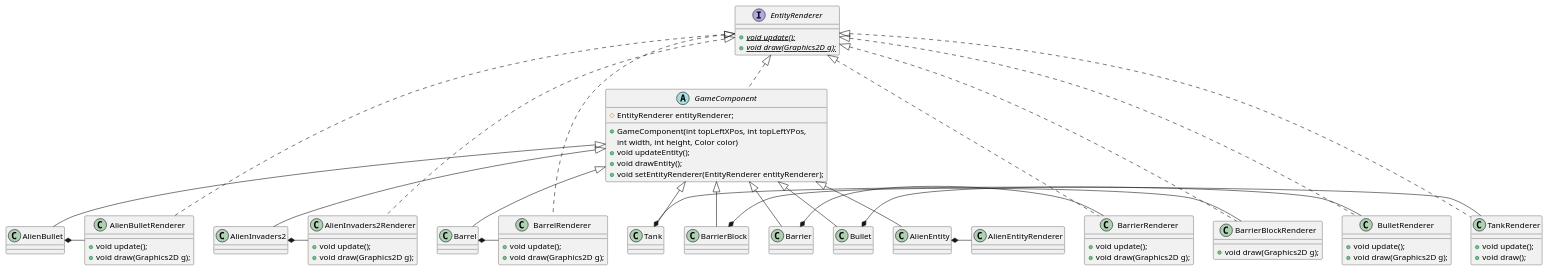
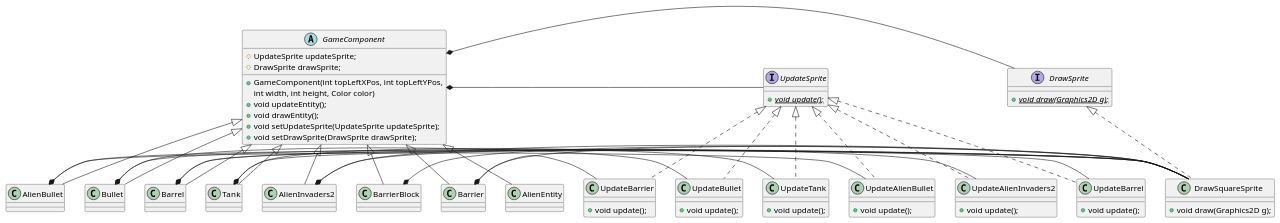
The diagram in src/main/java/things/strategy-pattern.puml (D-M-Moriarty/DesignPatternsCA), drawn with PlantUML before and after one commit. The commit also changed 18 other files, not shown here.

Commit message:
Created all the classes and interfaces needed for the strategy pattern Updated the implementation of the AlienBullet class and all its usages The usages are now generified to the GameComponent class

```diff
--- a/src/main/java/things/strategy-pattern.puml
+++ b/src/main/java/things/strategy-pattern.puml
@@ -1,69 +1,82 @@
 @startuml
-interface EntityRenderer {
+interface UpdateSprite {
     + {static} {abstract} void update();
+}
+interface DrawSprite {
     + {static} {abstract} void draw(Graphics2D g);
 }
-class AlienBulletRenderer implements EntityRenderer {
+
+class UpdateAlienBullet implements UpdateSprite {
     + void update();
+}
+
+class UpdateAlienInvaders2 implements UpdateSprite {
+    + void update();
+}
+
+class UpdateBarrel implements UpdateSprite {
+    + void update();
+}
+
+class UpdateBarrier implements UpdateSprite {
+    + void update();
+}
+
+class UpdateBullet implements UpdateSprite {
+    + void update();
+}
+
+class UpdateTank implements UpdateSprite {
+    + void update();
+}
+
+class DrawSquareSprite implements DrawSprite {
     + void draw(Graphics2D g);
 }
-class AlienInvaders2Renderer implements EntityRenderer {
-    + void update();
-    + void draw(Graphics2D g);
-}
-class BarrelRenderer implements EntityRenderer {
-    + void update();
-    + void draw(Graphics2D g);
-}
-class BarrierRenderer implements EntityRenderer {
-    + void update();
-    + void draw(Graphics2D g);
-}
-class BarrierBlockRenderer implements EntityRenderer {
-    + void draw(Graphics2D g);
-}
-class BulletRenderer implements EntityRenderer {
-    + void update();
-    + void draw(Graphics2D g);
-}
-class TankRenderer implements EntityRenderer {
-    + void update();
-    + void draw();
-}
 
-AlienBullet *- AlienBulletRenderer
-AlienEntity *- AlienEntityRenderer
-AlienInvaders2 *- AlienInvaders2Renderer
-Barrel *- BarrelRenderer
-Barrier *- BarrierRenderer
-BarrierBlock *- BarrierBlockRenderer
-Bullet *- BulletRenderer
-Tank *- TankRenderer
+AlienBullet *- UpdateAlienBullet
+AlienBullet *- DrawSquareSprite
+AlienInvaders2 *- UpdateAlienInvaders2
+Barrel *- UpdateBarrel
+Barrier *- UpdateBarrier
+Bullet *- UpdateBullet
+Tank *- UpdateTank
 
-abstract class GameComponent implements EntityRenderer {
-    # EntityRenderer entityRenderer;
+AlienInvaders2 *- DrawSquareSprite
+Barrel *- DrawSquareSprite
+Barrier *- DrawSquareSprite
+BarrierBlock *- DrawSquareSprite
+Bullet *- DrawSquareSprite
+Tank *- DrawSquareSprite
+
+GameComponent *- DrawSprite
+GameComponent *- UpdateSprite
+
+abstract class GameComponent {
+    # UpdateSprite updateSprite;
+    # DrawSprite drawSprite;
     + GameComponent(int topLeftXPos, int topLeftYPos,
                     int width, int height, Color color)
     + void updateEntity();
     + void drawEntity();
-    + void setEntityRenderer(EntityRenderer entityRenderer);
+    + void setUpdateSprite(UpdateSprite updateSprite);
+    + void setDrawSprite(DrawSprite drawSprite);
 }
 class AlienBullet extends GameComponent {
 }
 class AlienEntity extends GameComponent {
  }
 class AlienInvaders2 extends GameComponent {
 }
 class Barrel extends GameComponent {
 }
 class Barrier extends GameComponent {
 }
 class BarrierBlock extends GameComponent {
 }
 class Bullet extends GameComponent {
 }
 class Tank extends GameComponent {
 }
 
-
 @enduml
```
